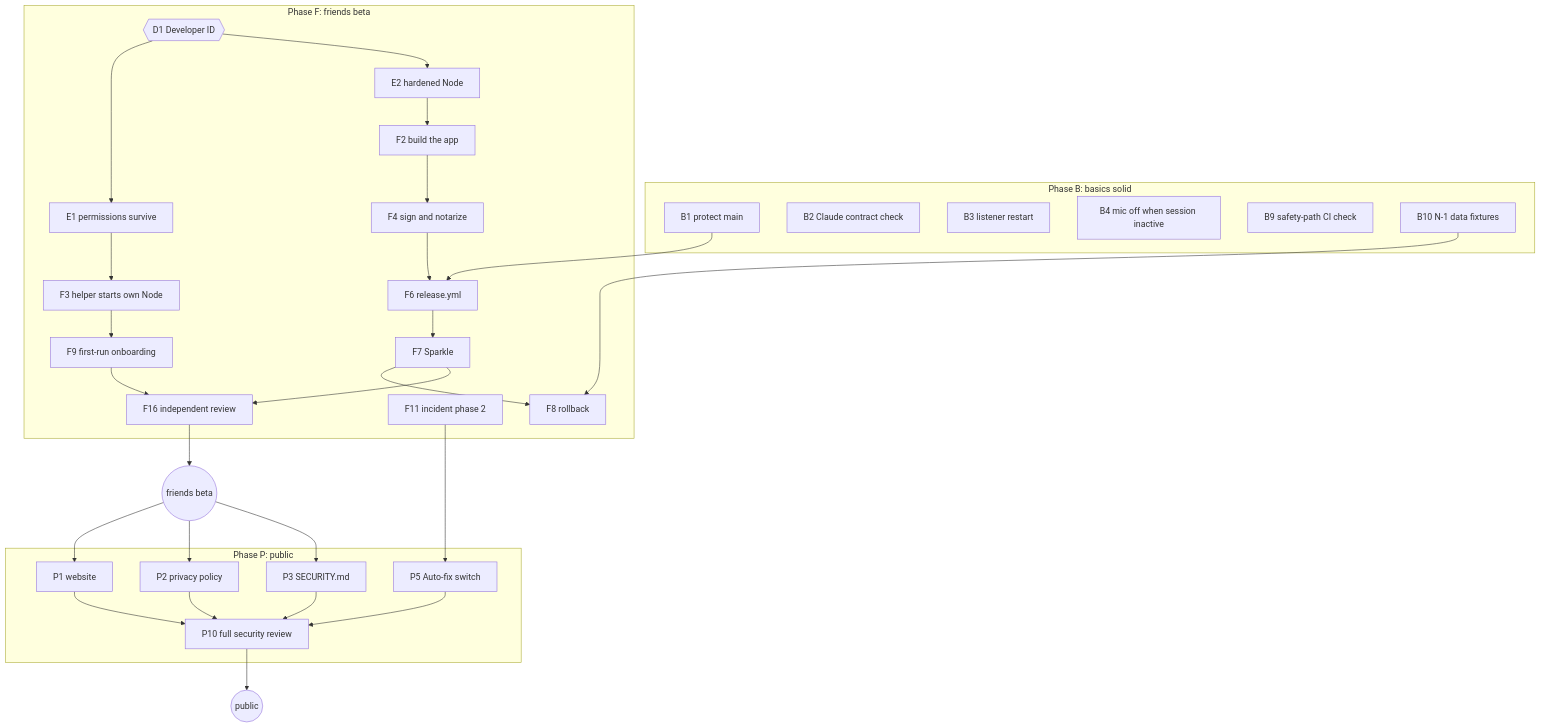
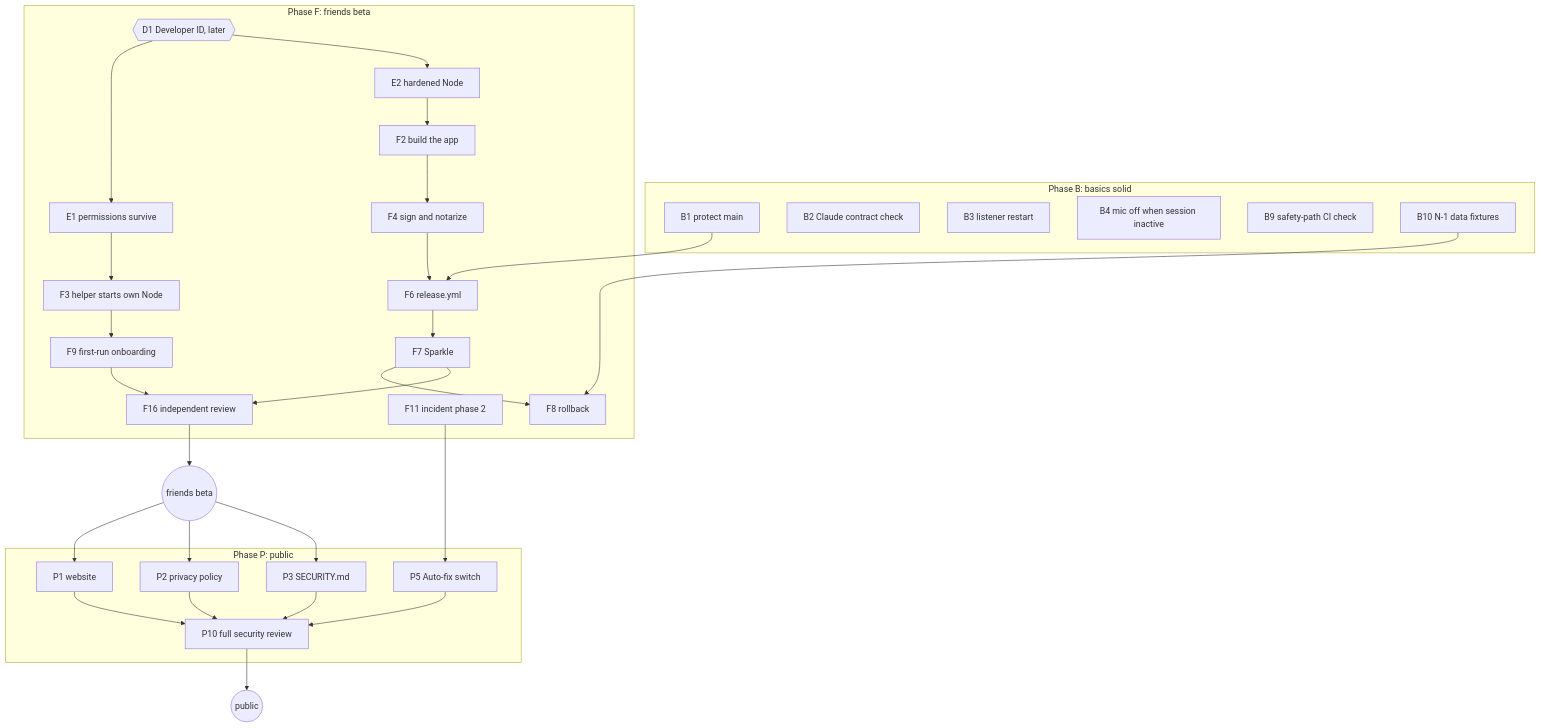
One commit to CrisH2307/stephen changed the third of 3 diagrams in docs/ARCHITECTURE-PLAN.md. Above: the diagram before and after it, drawn with Mermaid. The commit also changed other lines of this file, not shown here.

Commit message:
docs: architecture plan, Cris's answers to D1 to D10

````diff
--- a/docs/ARCHITECTURE-PLAN.md
+++ b/docs/ARCHITECTURE-PLAN.md
@@ -452,43 +456,43 @@
 ```mermaid
 flowchart TD
   subgraph B[Phase B: basics solid]
     B1[B1 protect main]
     B2[B2 Claude contract check]
     B3[B3 listener restart]
     B4[B4 mic off when session inactive]
     B9[B9 safety-path CI check]
     B10[B10 N-1 data fixtures]
   end
   subgraph F[Phase F: friends beta]
-    D1{{D1 Developer ID}}
+    D1{{D1 Developer ID, later}}
     E1[E1 permissions survive]
     E2[E2 hardened Node]
     F2[F2 build the app]
     F3[F3 helper starts own Node]
     F4[F4 sign and notarize]
     F6[F6 release.yml]
     F7[F7 Sparkle]
     F8[F8 rollback]
     F9[F9 first-run onboarding]
     F11[F11 incident phase 2]
     F16[F16 independent review]
   end
   subgraph P[Phase P: public]
     P1[P1 website]
     P2[P2 privacy policy]
     P3[P3 SECURITY.md]
     P5[P5 Auto-fix switch]
     P10[P10 full security review]
   end
   D1 --> E1 --> F3
   D1 --> E2 --> F2 --> F4 --> F6 --> F7 --> F8
   F3 --> F9
   B10 --> F8
   B1 --> F6
   F7 --> F16
   F9 --> F16
   F16 --> BETA((friends beta))
   BETA --> P1 & P2 & P3
   F11 --> P5
   P1 & P2 & P3 & P5 --> P10 --> PUB((public))
 ```
````
